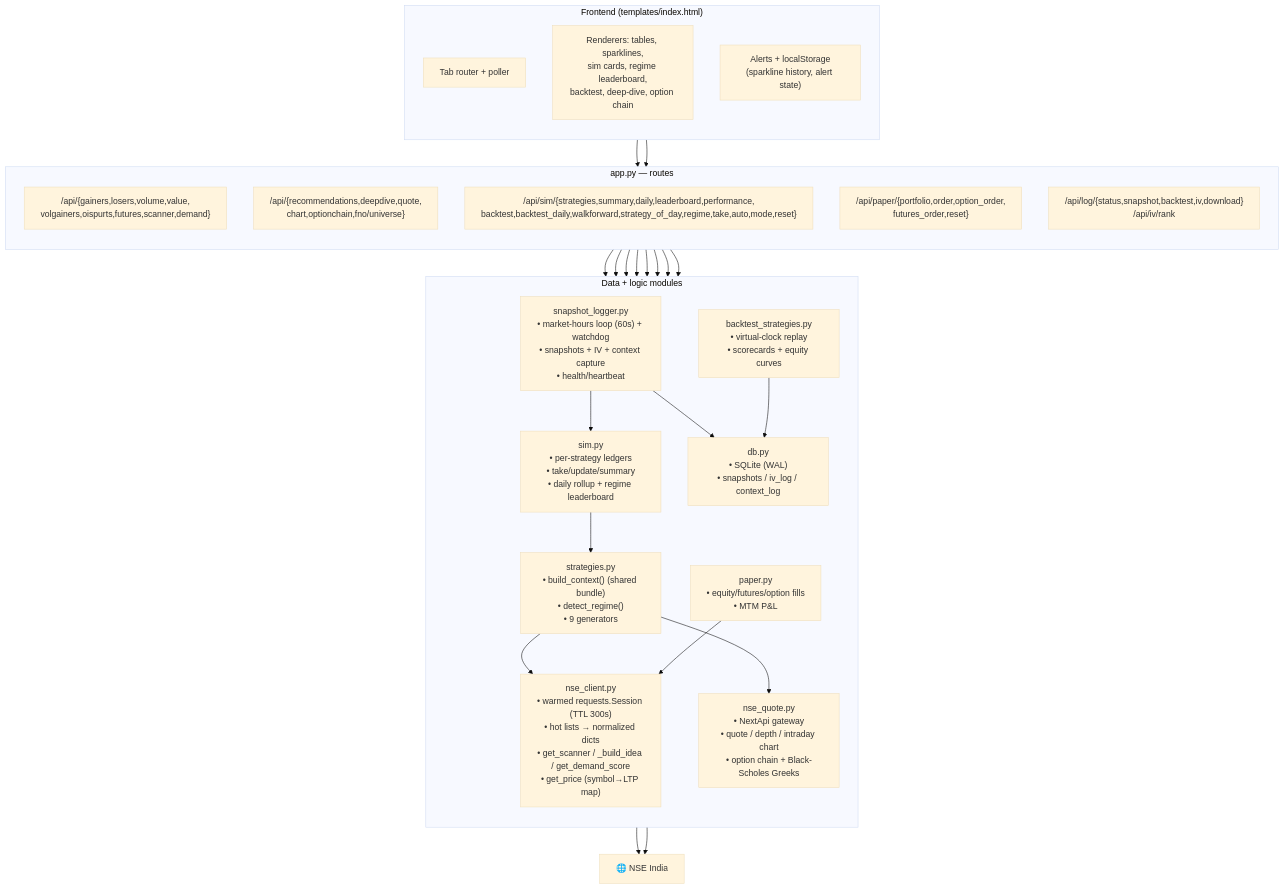
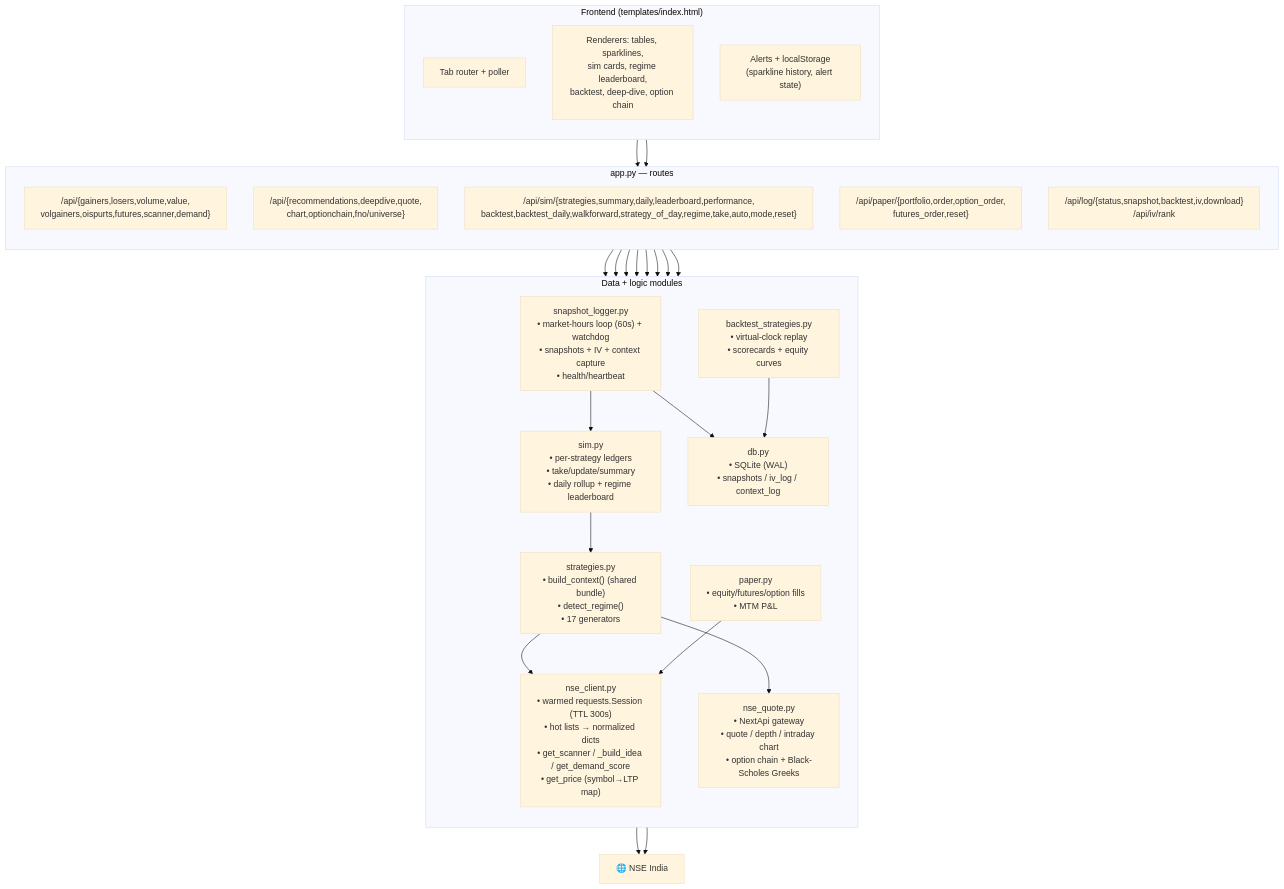
One commit to aakash-jain-1/nse-market-pulse changed the third of 8 diagrams in README.md. Above: the diagram before and after it, drawn with Mermaid (base theme). The commit also changed other lines of this file and 6 other files, not shown here.

````diff
--- a/README.md
+++ b/README.md
@@ -228,47 +228,47 @@
 ```mermaid
 flowchart TB
     subgraph FE["Frontend (templates/index.html)"]
         direction TB
         TABS["Tab router + poller"]
         REND["Renderers: tables, sparklines,<br/>sim cards, regime leaderboard,<br/>backtest, deep-dive, option chain"]
         ALERT["Alerts + localStorage<br/>(sparkline history, alert state)"]
     end
 
     subgraph API["app.py — routes"]
         direction TB
         R1["/api/{gainers,losers,volume,value,<br/>volgainers,oispurts,futures,scanner,demand}"]
         R2["/api/{recommendations,deepdive,quote,<br/>chart,optionchain,fno/universe}"]
         R3["/api/sim/{strategies,summary,daily,leaderboard,performance,<br/>backtest,backtest_daily,walkforward,strategy_of_day,regime,take,auto,mode,reset}"]
         R4["/api/paper/{portfolio,order,option_order,<br/>futures_order,reset}"]
         R5["/api/log/{status,snapshot,backtest,iv,download}<br/>/api/iv/rank"]
     end
 
     subgraph DATA["Data + logic modules"]
         direction TB
         NC["nse_client.py<br/>• warmed requests.Session (TTL 300s)<br/>• hot lists → normalized dicts<br/>• get_scanner / _build_idea / get_demand_score<br/>• get_price (symbol→LTP map)"]
         NQ["nse_quote.py<br/>• NextApi gateway<br/>• quote / depth / intraday chart<br/>• option chain + Black-Scholes Greeks"]
-        ST["strategies.py<br/>• build_context() (shared bundle)<br/>• detect_regime()<br/>• 9 generators"]
+        ST["strategies.py<br/>• build_context() (shared bundle)<br/>• detect_regime()<br/>• 17 generators"]
         SM["sim.py<br/>• per-strategy ledgers<br/>• take/update/summary<br/>• daily rollup + regime leaderboard"]
         BK["backtest_strategies.py<br/>• virtual-clock replay<br/>• scorecards + equity curves"]
         PP["paper.py<br/>• equity/futures/option fills<br/>• MTM P&L"]
         SL["snapshot_logger.py<br/>• market-hours loop (60s) + watchdog<br/>• snapshots + IV + context capture<br/>• health/heartbeat"]
         DBM["db.py<br/>• SQLite (WAL)<br/>• snapshots / iv_log / context_log"]
     end
 
     NSEAPI["🌐 NSE India"]
 
     TABS --> API
     REND --> API
     R1 --> NC
     R2 --> NC & NQ
     R3 --> SM & BK & ST
     R4 --> PP
     R5 --> SL
     NC --> NSEAPI
     NQ --> NSEAPI
     ST --> NC & NQ
     SM --> ST
     SL --> SM & DBM
     BK --> DBM
     PP --> NC
 ```
````
